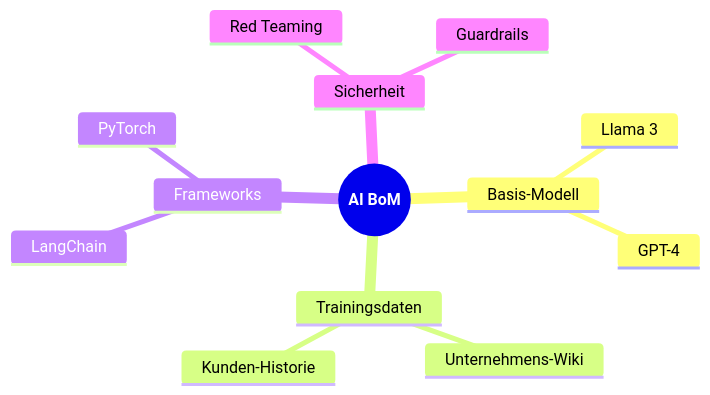
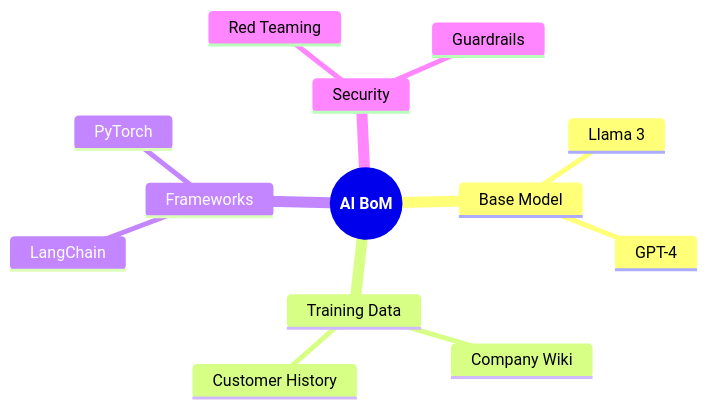
Before and after one commit to roger-infanger-weibel/ghostwriter.ai: diagram 16 of 19 in glossary/rendered/AI-Glossary.md, drawn with Mermaid. The commit also changed other lines of this file and 24 other files, not shown here.

````diff
--- a/glossary/rendered/AI-Glossary.md
+++ b/glossary/rendered/AI-Glossary.md
@@ -499,16 +499,16 @@
 ```mermaid
 mindmap
   root((<b>AI BoM</b>))
-    Basis-Modell
+    Base Model
       Llama 3
       GPT-4
-    Trainingsdaten
-      Unternehmens-Wiki
-      Kunden-Historie
+    Training Data
+      Company Wiki
+      Customer History
     Frameworks
       LangChain
       PyTorch
-    Sicherheit
+    Security
       Red Teaming
       Guardrails
 ```
````
